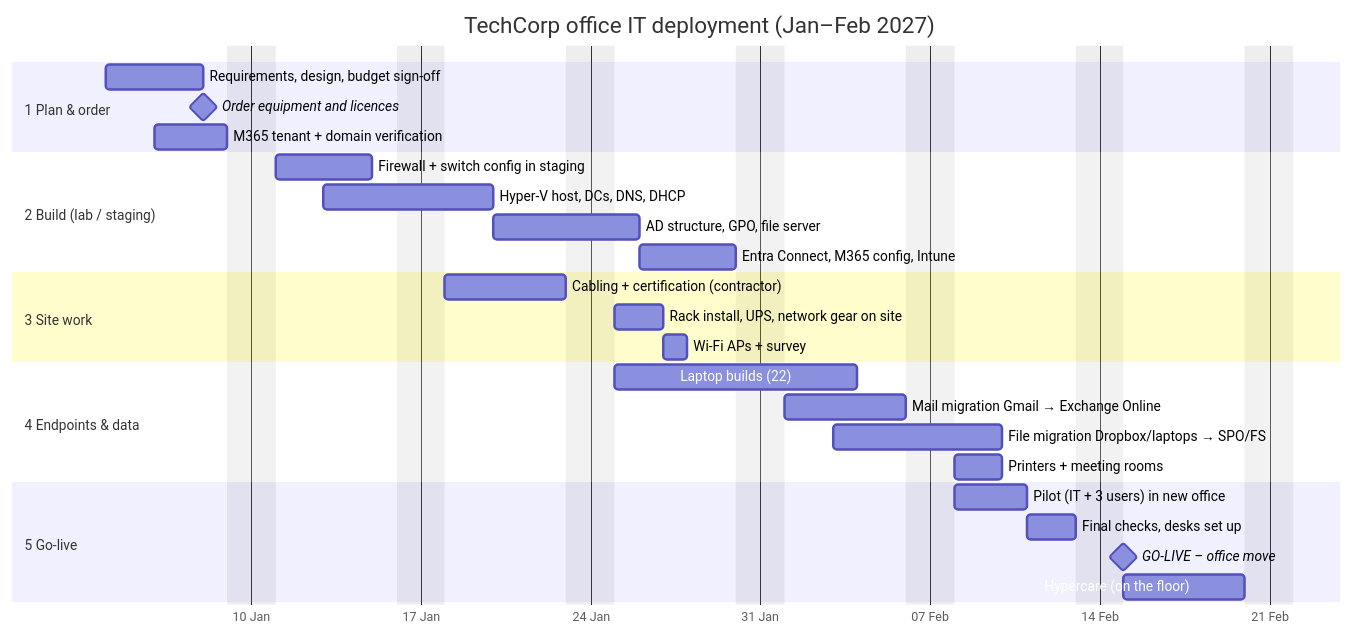
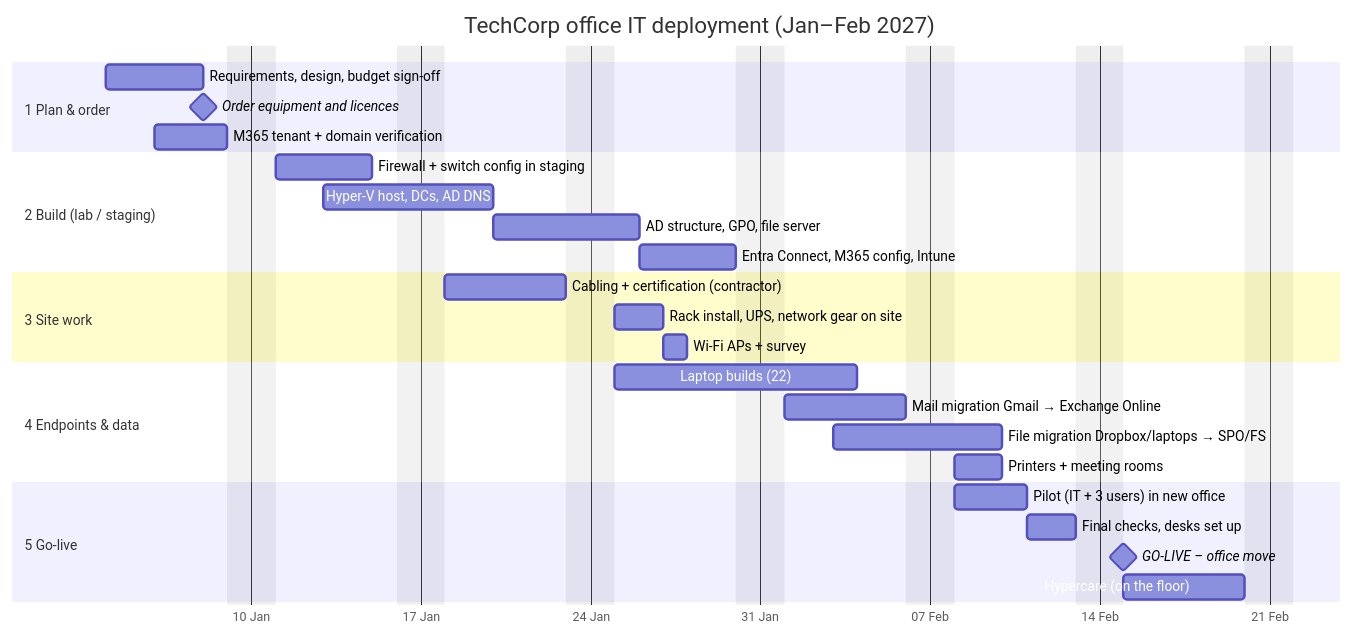
The diagram in 01-office-deployment/planning/deployment-plan.md (kgiannopoulou/techcorp-it-operations-lab), drawn with Mermaid before and after one commit. The commit also changed other lines of this file and 39 other files, not shown here.

````diff
--- a/01-office-deployment/planning/deployment-plan.md
+++ b/01-office-deployment/planning/deployment-plan.md
@@ -33,35 +33,35 @@
 ```mermaid
 gantt
     title TechCorp office IT deployment (Jan–Feb 2027)
     dateFormat YYYY-MM-DD
     axisFormat %d %b
     excludes weekends
 
     section 1 Plan & order
     Requirements, design, budget sign-off   :p1, 2027-01-04, 4d
     Order equipment and licences            :milestone, m1, 2027-01-08, 0d
     M365 tenant + domain verification       :p2, 2027-01-06, 3d
 
     section 2 Build (lab / staging)
     Firewall + switch config in staging     :b1, 2027-01-11, 4d
-    Hyper-V host, DCs, DNS, DHCP            :b2, 2027-01-13, 5d
+    Hyper-V host, DCs, AD DNS               :b2, 2027-01-13, 5d
     AD structure, GPO, file server          :b3, after b2, 4d
     Entra Connect, M365 config, Intune      :b4, after b3, 4d
 
     section 3 Site work
     Cabling + certification (contractor)    :s1, 2027-01-18, 5d
     Rack install, UPS, network gear on site :s2, after s1, 2d
     Wi-Fi APs + survey                      :s3, after s2, 1d
 
     section 4 Endpoints & data
     Laptop builds (22)                      :e1, 2027-01-25, 8d
     Mail migration Gmail → Exchange Online  :e2, 2027-02-01, 5d
     File migration Dropbox/laptops → SPO/FS :e3, 2027-02-03, 5d
     Printers + meeting rooms                :e4, 2027-02-08, 2d
 
     section 5 Go-live
     Pilot (IT + 3 users) in new office      :g1, 2027-02-08, 3d
     Final checks, desks set up              :g2, 2027-02-11, 2d
     GO-LIVE – office move                   :milestone, m2, 2027-02-15, 0d
     Hypercare (on the floor)                :g3, 2027-02-15, 5d
 ```
````
